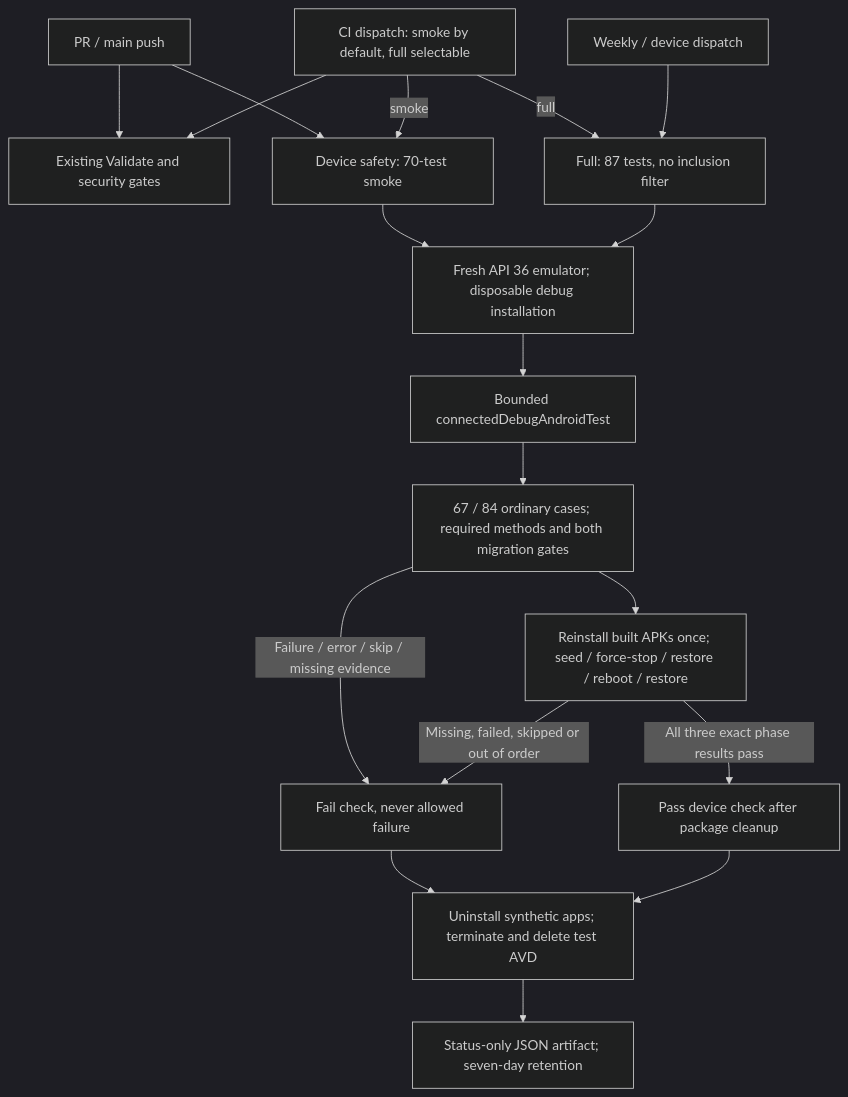
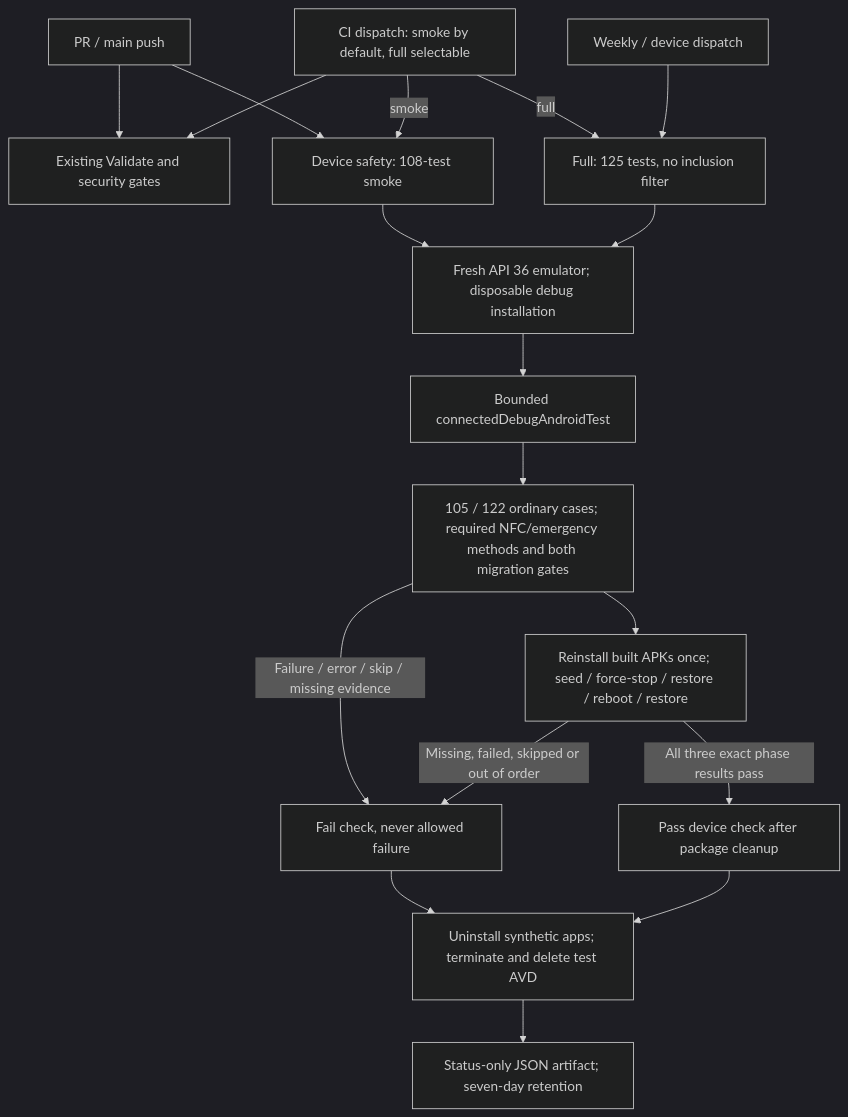
Before and after one commit to mcasillas17/WebSnag: the diagram in docs/testing/device-tests.md, drawn with Mermaid (dark theme). The commit also changed other lines of this file and 36 other files, not shown here.

First line of the commit message:
test: exercise Android NFC authorization and recovery (TEST-003) (#51)

````diff
--- a/docs/testing/device-tests.md
+++ b/docs/testing/device-tests.md
@@ -92,20 +97,20 @@
 ```mermaid
 flowchart TD
     PR["PR / main push"] --> V["Existing Validate and security gates"]
-    PR --> S["Device safety: 70-test smoke"]
+    PR --> S["Device safety: 108-test smoke"]
     D["CI dispatch: smoke by default, full selectable"] --> V
     D -->|"smoke"| S
     D -->|"full"| F
-    M["Weekly / device dispatch"] --> F["Full: 87 tests, no inclusion filter"]
+    M["Weekly / device dispatch"] --> F["Full: 125 tests, no inclusion filter"]
     S --> E["Fresh API 36 emulator; disposable debug installation"]
     F --> E
     E --> R["Bounded connectedDebugAndroidTest"]
-    R --> J["67 / 84 ordinary cases; required methods and both migration gates"]
+    R --> J["105 / 122 ordinary cases; required NFC/emergency methods and both migration gates"]
     J -->|"Failure / error / skip / missing evidence"| X["Fail check, never allowed failure"]
     J --> L["Reinstall built APKs once; seed / force-stop / restore / reboot / restore"]
     L -->|"Missing, failed, skipped or out of order"| X
     L -->|"All three exact phase results pass"| P["Pass device check after package cleanup"]
     X --> C["Uninstall synthetic apps; terminate and delete test AVD"]
     P --> C
     C --> A["Status-only JSON artifact; seven-day retention"]
 ```
````
